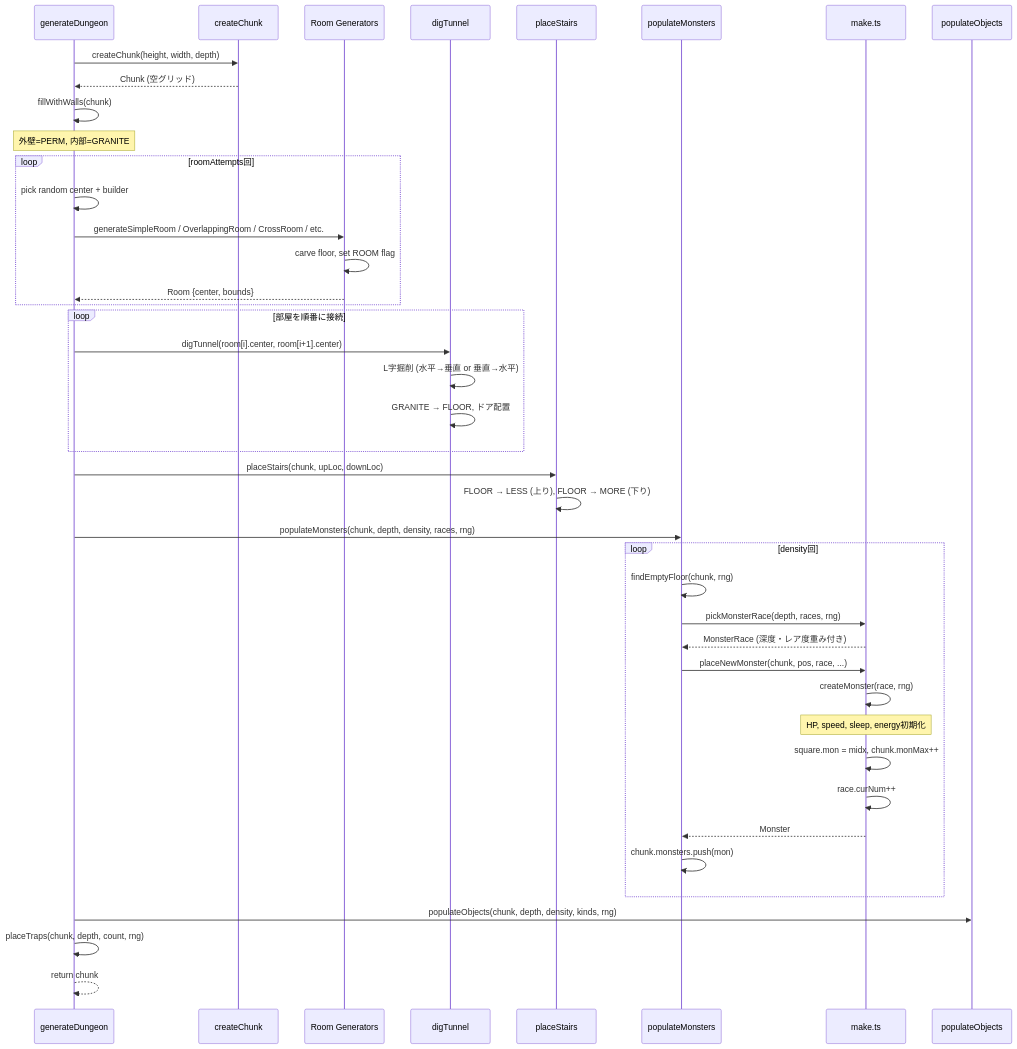
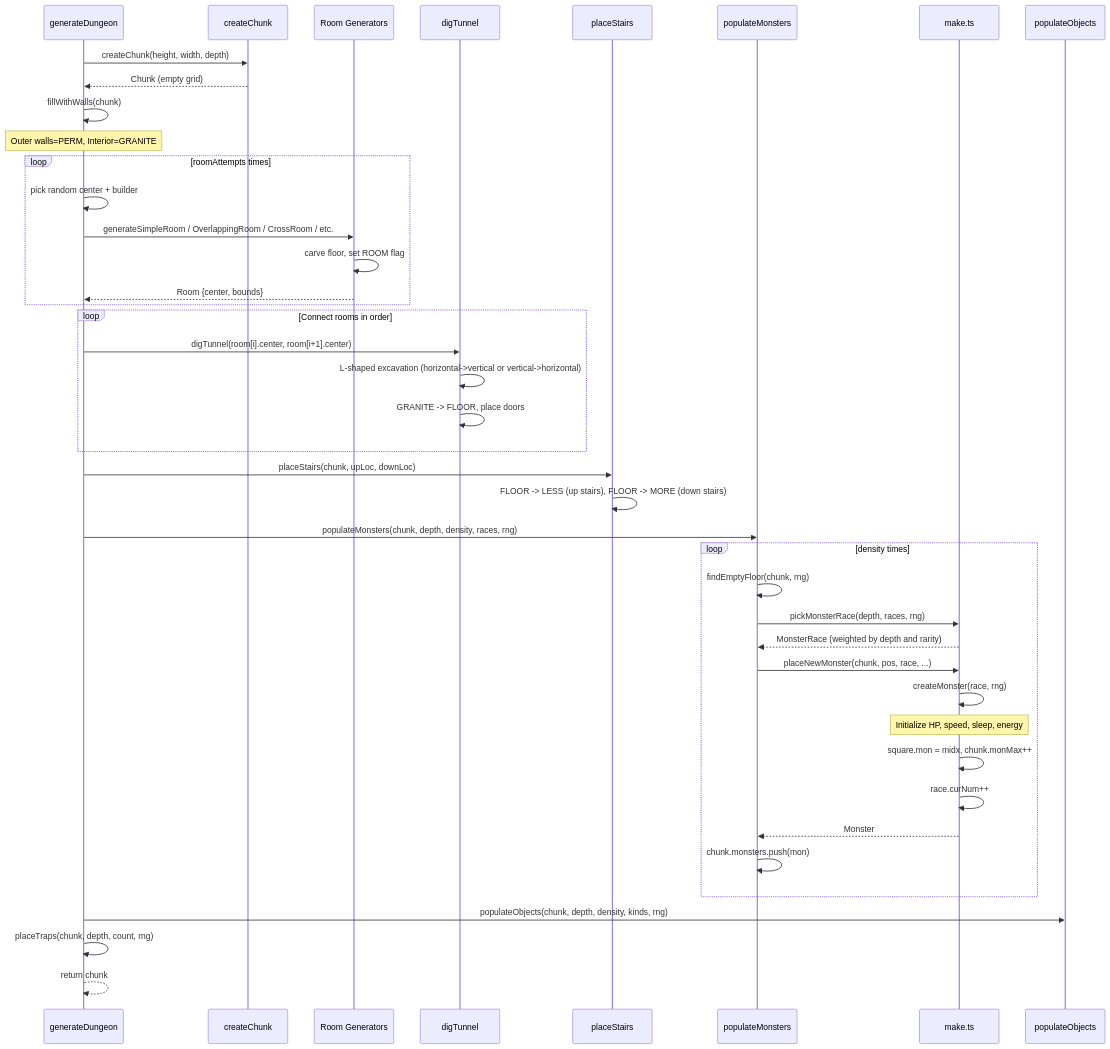
The ninth of 15 diagrams in ARCHITECTURE.md (yuukiishikawa/angband-ts), drawn with Mermaid before and after one commit. The commit also changed other lines of this file and 4 other files, not shown here.

````diff
--- a/ARCHITECTURE.md
+++ b/ARCHITECTURE.md
@@ -615,52 +615,52 @@
 ```mermaid
 sequenceDiagram
     participant GD as generateDungeon
     participant CC as createChunk
     participant RG as Room Generators
     participant TN as digTunnel
     participant PS as placeStairs
     participant PP as populateMonsters
     participant MK as make.ts
     participant PO as populateObjects
 
     GD->>CC: createChunk(height, width, depth)
-    CC-->>GD: Chunk (空グリッド)
+    CC-->>GD: Chunk (empty grid)
 
     GD->>GD: fillWithWalls(chunk)
-    Note over GD: 外壁=PERM, 内部=GRANITE
+    Note over GD: Outer walls=PERM, Interior=GRANITE
 
-    loop roomAttempts回
+    loop roomAttempts times
         GD->>GD: pick random center + builder
         GD->>RG: generateSimpleRoom / OverlappingRoom / CrossRoom / etc.
         RG->>RG: carve floor, set ROOM flag
         RG-->>GD: Room {center, bounds}
     end
 
-    loop 部屋を順番に接続
+    loop Connect rooms in order
         GD->>TN: digTunnel(room[i].center, room[i+1].center)
-        TN->>TN: L字掘削 (水平→垂直 or 垂直→水平)
-        TN->>TN: GRANITE → FLOOR, ドア配置
+        TN->>TN: L-shaped excavation (horizontal->vertical or vertical->horizontal)
+        TN->>TN: GRANITE -> FLOOR, place doors
     end
 
     GD->>PS: placeStairs(chunk, upLoc, downLoc)
-    PS->>PS: FLOOR → LESS (上り), FLOOR → MORE (下り)
+    PS->>PS: FLOOR -> LESS (up stairs), FLOOR -> MORE (down stairs)
 
     GD->>PP: populateMonsters(chunk, depth, density, races, rng)
-    loop density回
+    loop density times
         PP->>PP: findEmptyFloor(chunk, rng)
         PP->>MK: pickMonsterRace(depth, races, rng)
-        MK-->>PP: MonsterRace (深度・レア度重み付き)
+        MK-->>PP: MonsterRace (weighted by depth and rarity)
         PP->>MK: placeNewMonster(chunk, pos, race, ...)
         MK->>MK: createMonster(race, rng)
-        Note over MK: HP, speed, sleep, energy初期化
+        Note over MK: Initialize HP, speed, sleep, energy
         MK->>MK: square.mon = midx, chunk.monMax++
         MK->>MK: race.curNum++
         MK-->>PP: Monster
         PP->>PP: chunk.monsters.push(mon)
     end
 
     GD->>PO: populateObjects(chunk, depth, density, kinds, rng)
     GD->>GD: placeTraps(chunk, depth, count, rng)
 
     GD-->>GD: return chunk
 ```
````
